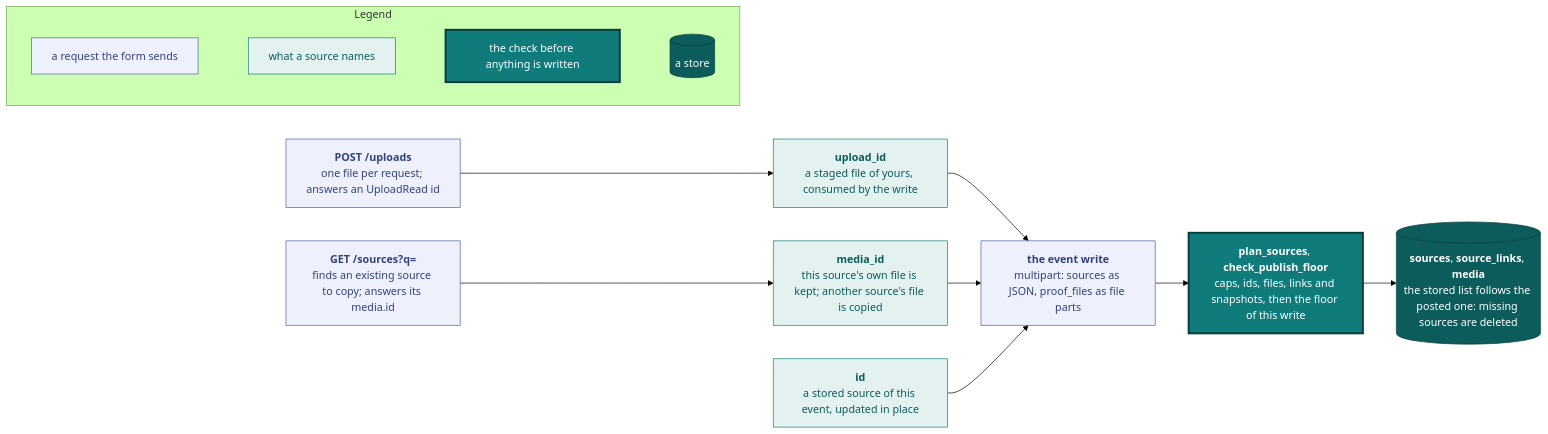
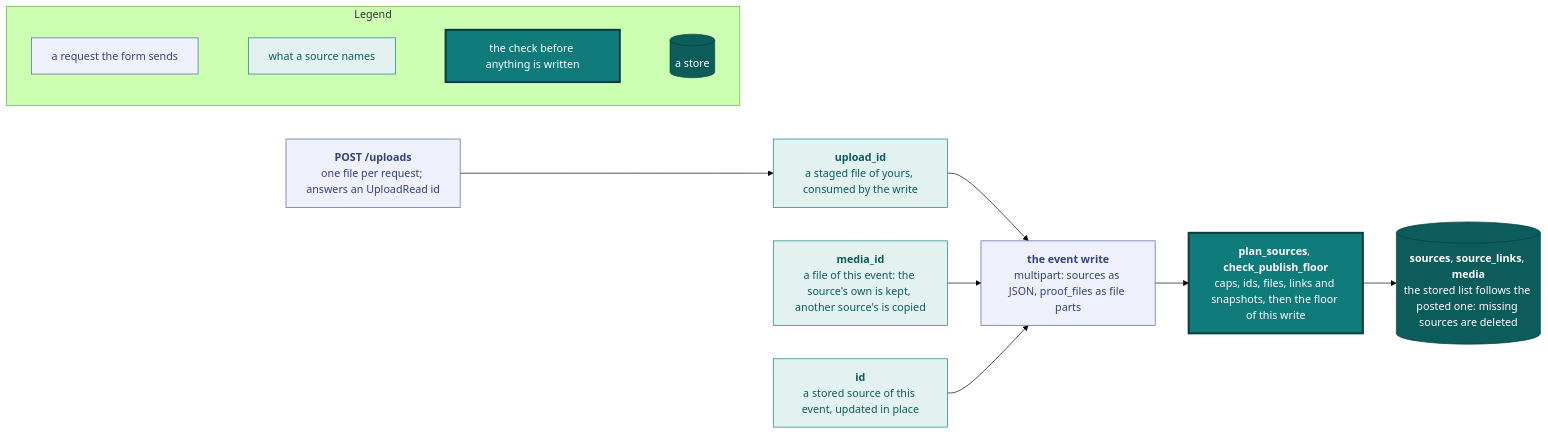
The third of 9 diagrams in docs/api.md (vidithq/vidit), drawn with Mermaid (forest theme) before and after one commit. The commit also changed other lines of this file and 6 other files, not shown here.

````diff
--- a/docs/api.md
+++ b/docs/api.md
@@ -590,38 +588,36 @@
 ```mermaid
 flowchart LR
   classDef spec fill:#eef1fb,stroke:#4a5fa5,color:#33417a
   classDef shared fill:#e3f2f1,stroke:#0f7b7a,color:#0b5c5b
   classDef core fill:#0f7b7a,stroke:#083f3e,stroke-width:3px,color:#ffffff
   classDef store fill:#0b5c5b,stroke:#083f3e,color:#ffffff
 
   subgraph legend [Legend]
     direction LR
     l1["`a request the form sends`"]:::spec
     l2["`what a source names`"]:::shared
     l3["`the check before anything is written`"]:::core
     l4[("`a store`")]:::store
     l1 ~~~ l2 ~~~ l3 ~~~ l4
   end
 
   upload["`**POST /uploads**
   one file per request; answers an UploadRead id`"]:::spec
-  picker["`**GET /sources?q=**
-  finds an existing source to copy; answers its media.id`"]:::spec
   spec_new["`**upload_id**
   a staged file of yours, consumed by the write`"]:::shared
   spec_copy["`**media_id**
-  this source's own file is kept; another source's file is copied`"]:::shared
+  a file of this event: the source's own is kept, another source's is copied`"]:::shared
   spec_id["`**id**
   a stored source of this event, updated in place`"]:::shared
   write["`**the event write**
   multipart: sources as JSON, proof_files as file parts`"]:::spec
   plan["`**plan_sources**, **check_publish_floor**
   caps, ids, files, links and snapshots, then the floor of this write`"]:::core
   rows[("`**sources**, **source_links**, **media**
   the stored list follows the posted one: missing sources are deleted`")]:::store
 
   upload --> spec_new --> write
-  picker --> spec_copy --> write
+  spec_copy --> write
   spec_id --> write
   write --> plan --> rows
 ```
````
